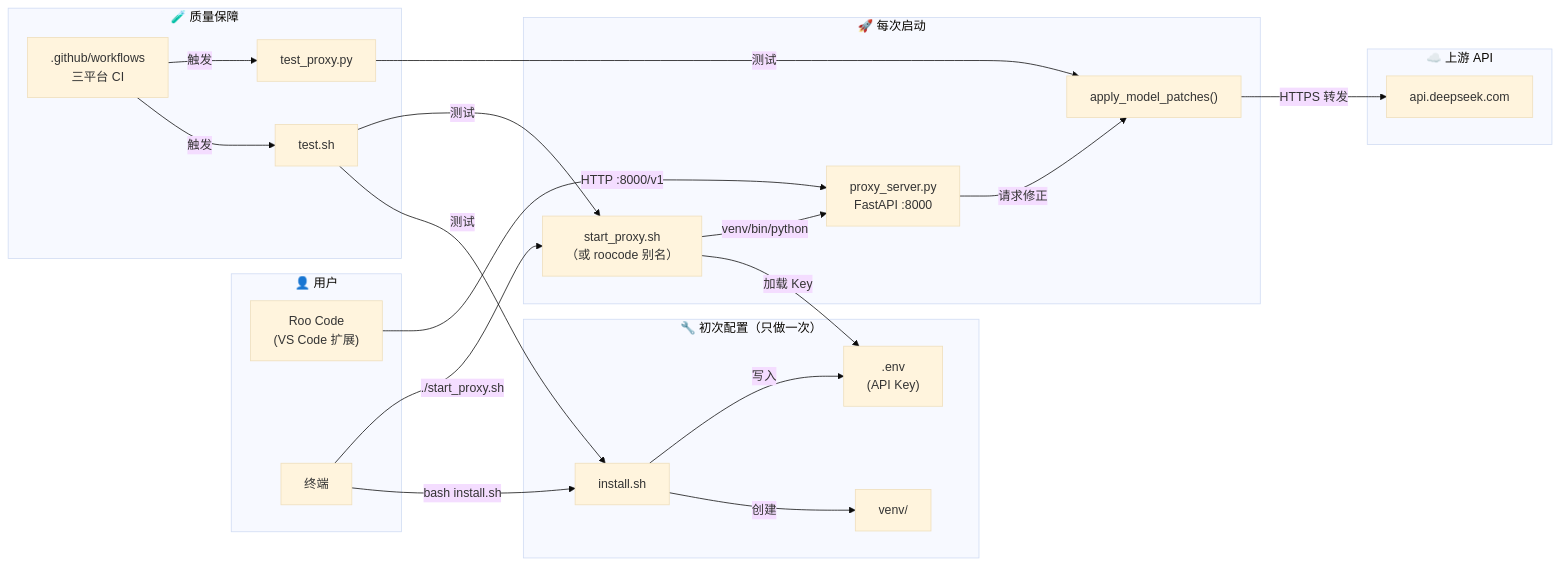
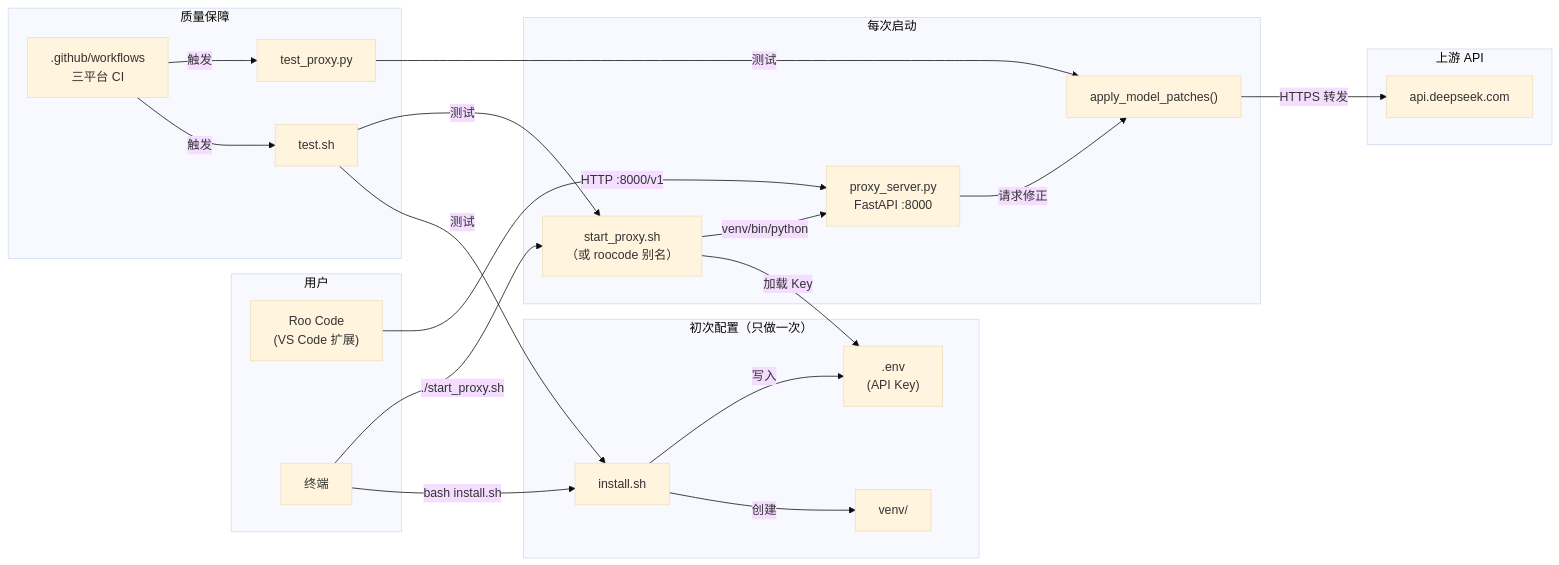
Before and after one commit to Tensor-0/roocode-plus: the diagram in README.md, drawn with Mermaid (base theme). The commit also changed other lines of this file, not shown here.

Commit message:
docs: 移除项目文件架构中的表情标签，减少 AI 写作风格

````diff
--- a/README.md
+++ b/README.md
@@ -591,47 +591,47 @@
 ```mermaid
 flowchart LR
-    subgraph 用户["👤 用户"]
+    subgraph 用户["用户"]
         ROO["Roo Code<br/>(VS Code 扩展)"]
         TERM["终端"]
     end
 
-    subgraph 安装["🔧 初次配置（只做一次）"]
+    subgraph 安装["初次配置（只做一次）"]
         INSTALL["install.sh"]
         VENV["venv/"]
         DOTENV[".env<br/>(API Key)"]
     end
 
-    subgraph 运行["🚀 每次启动"]
+    subgraph 运行["每次启动"]
         START["start_proxy.sh<br/>（或 roocode 别名）"]
         PROXY["proxy_server.py<br/>FastAPI :8000"]
         PATCH["apply_model_patches()"]
     end
 
-    subgraph 上游["☁️ 上游 API"]
+    subgraph 上游["上游 API"]
         DS["api.deepseek.com"]
     end
 
-    subgraph 测试["🧪 质量保障"]
+    subgraph 测试["质量保障"]
         TSH["test.sh"]
         TPY["test_proxy.py"]
         CI[".github/workflows<br/>三平台 CI"]
     end
 
     TERM -->|"bash install.sh"| INSTALL
     INSTALL -->|"创建"| VENV
     INSTALL -->|"写入"| DOTENV
 
     TERM -->|"./start_proxy.sh"| START
     START -->|"加载 Key"| DOTENV
     START -->|"venv/bin/python"| PROXY
     PROXY -->|"请求修正"| PATCH
     PATCH -->|"HTTPS 转发"| DS
 
     ROO -->|"HTTP :8000/v1"| PROXY
 
     TSH -->|"测试"| INSTALL
     TSH -->|"测试"| START
     TPY -->|"测试"| PATCH
     CI -->|"触发"| TSH
     CI -->|"触发"| TPY
 ```
````
